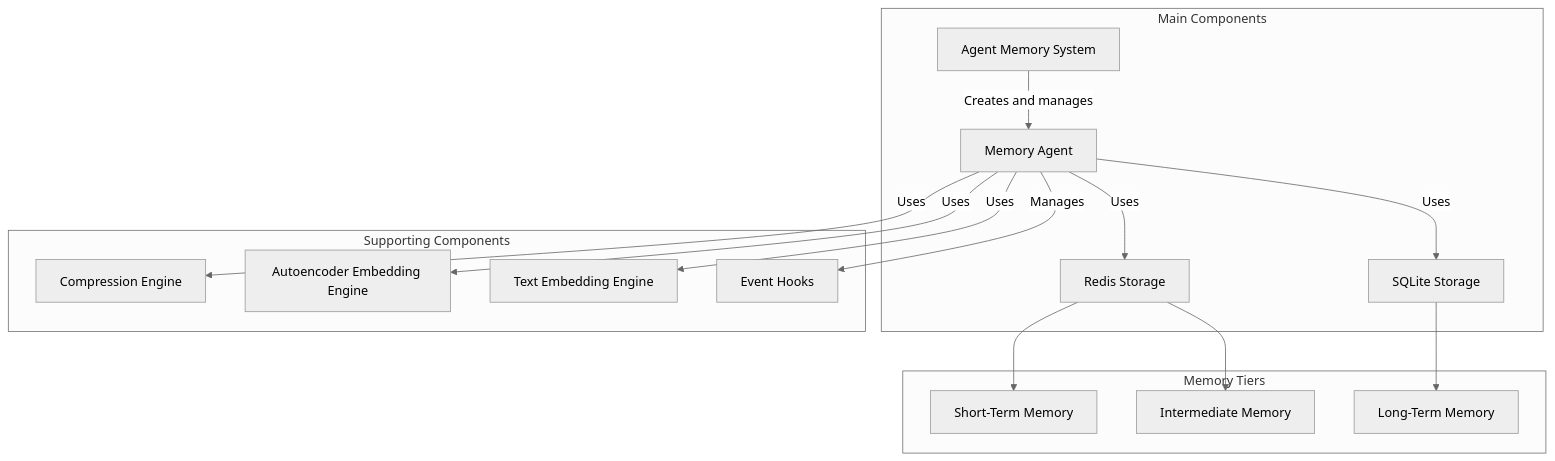
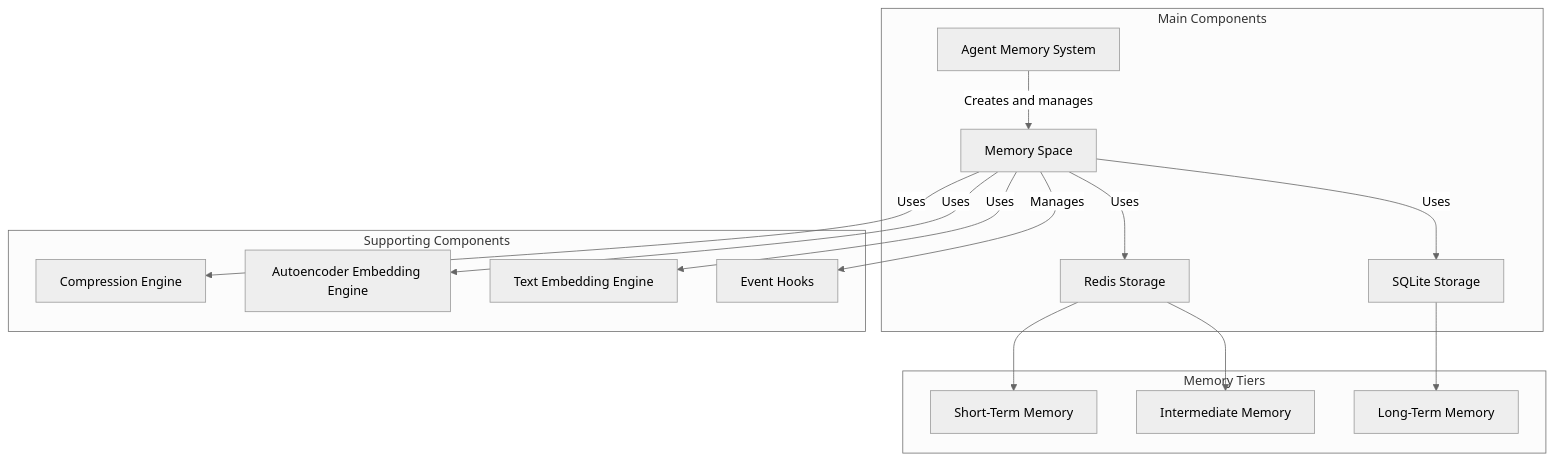
Before and after one commit to Dooders/AgentMemory: the first of 2 diagrams in docs/memory_system.md, drawn with Mermaid (neutral theme). The commit also changed other lines of this file and 44 other files, not shown here.

First line of the commit message:
Refactor memory handling to use MemorySpace instead of MemoryAgent

````diff
--- a/docs/memory_system.md
+++ b/docs/memory_system.md
@@ -9,35 +9,35 @@
 ```mermaid
 graph TB
     subgraph "Main Components"
         AMS[Agent Memory System]
-        MA[Memory Agent]
+        MA[Memory Space]
         RS[Redis Storage]
         SQ[SQLite Storage]
     end
     
     AMS --> |Creates and manages| MA
     MA --> |Uses| RS
     MA --> |Uses| SQ
     
     subgraph "Memory Tiers"
         STM[Short-Term Memory]
         IM[Intermediate Memory]
         LTM[Long-Term Memory]
     end
     
     RS --> STM
     RS --> IM
     SQ --> LTM
     
     subgraph "Supporting Components"
         CE[Compression Engine]
         AE[Autoencoder Embedding Engine]
         TE[Text Embedding Engine]
         EH[Event Hooks]
     end
     
     MA --> |Uses| CE
     MA --> |Uses| AE
     MA --> |Uses| TE
     MA --> |Manages| EH
 ```
````
